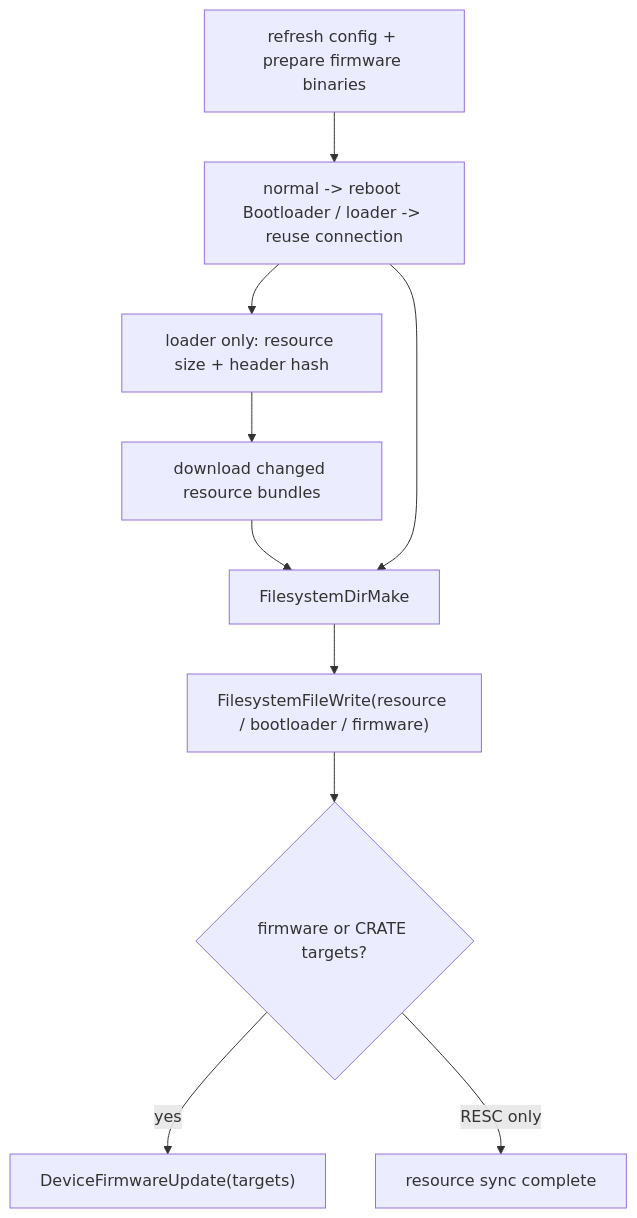
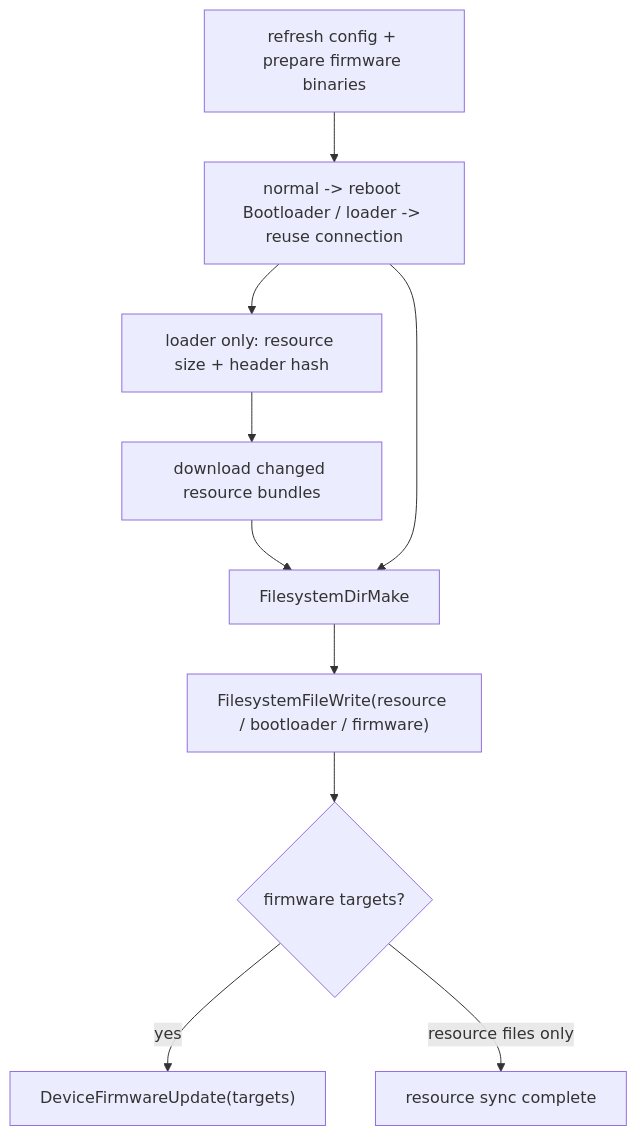
The third of 3 diagrams in docs/architecture/overview.md (OneKeyHQ/hardware-js-sdk), drawn with Mermaid before and after one commit. The commit also changed other lines of this file and 50 other files, not shown here.

````diff
--- a/docs/architecture/overview.md
+++ b/docs/architecture/overview.md
@@ -153,19 +153,19 @@
 ```mermaid
 flowchart TD
   Prepare["refresh config + prepare firmware binaries"]
   Enter["normal -> reboot Bootloader / loader -> reuse connection"]
   Inventory["loader only: resource size + header hash"]
   Download["download changed resource bundles"]
   Mkdir["FilesystemDirMake"]
   Write["FilesystemFileWrite(resource / bootloader / firmware)"]
-  Install{"firmware or CRATE targets?"}
+  Install{"firmware targets?"}
   Update["DeviceFirmwareUpdate(targets)"]
   Done["resource sync complete"]
 
   Prepare --> Enter
   Enter --> Inventory --> Download --> Mkdir
   Enter --> Mkdir
   Mkdir --> Write --> Install
   Install -->|yes| Update
-  Install -->|RESC only| Done
+  Install -->|resource files only| Done
 ```
````
